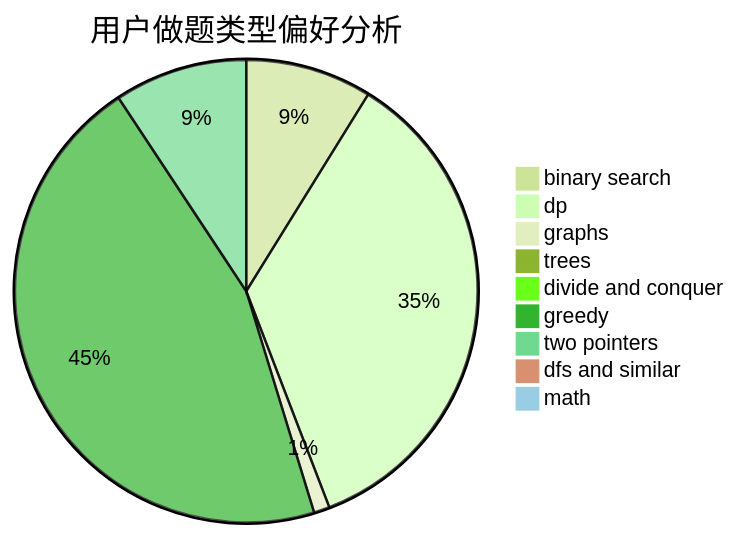
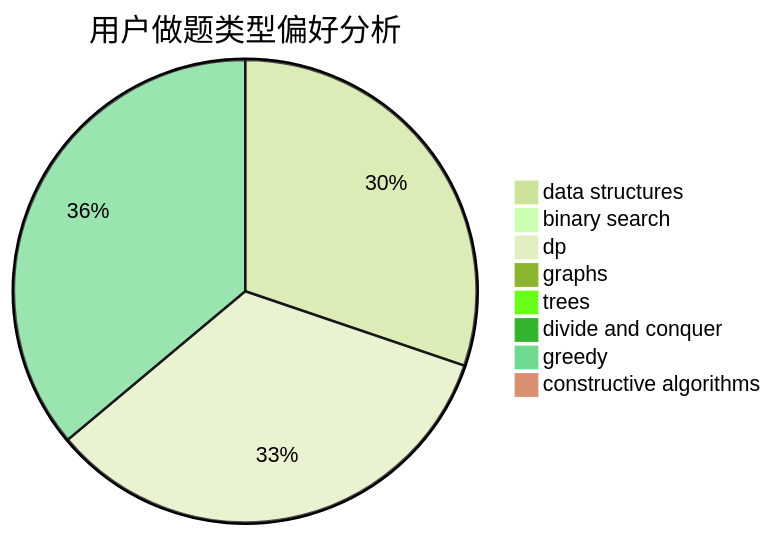
One commit to sherpahu/cfrs.github.io changed the second of 3 diagrams in docs/user/u686.md. Above: the diagram before and after it, drawn with Mermaid (forest theme). The commit also changed other lines of this file and 2775 other files, not shown here.

````diff
--- a/docs/user/u686.md
+++ b/docs/user/u686.md
@@ -23,12 +23,11 @@
 ```mermaid
 pie title 用户做题类型偏好分析
-    "binary search" :  96
-    "dp" :  384
-    "graphs" :  12
+    "data structures" :  329
+    "binary search" :  1
+    "dp" :  367
+    "graphs" :  4
     "trees" :  2
     "divide and conquer" :  0
-    "greedy" :  494
-    "two pointers" :  101
-    "dfs and similar" :  7
-    "math" :  7
+    "greedy" :  393
+    "constructive algorithms" :  1
 ```
````
